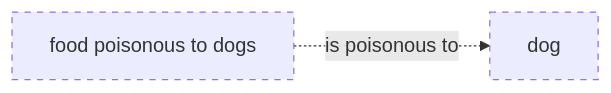
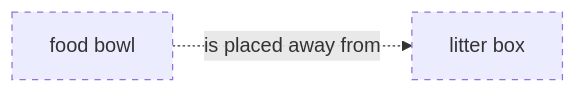
Diagram 21 of 35 in data/ontology-pets-and-house-rules/03_release/00_raw/level-2.md (belaboros/DomainAiAssistant), drawn with Mermaid before and after one commit. The commit also changed other lines of this file and 291 other files, not shown here.

````diff
--- a/data/ontology-pets-and-house-rules/03_release/00_raw/level-2.md
+++ b/data/ontology-pets-and-house-rules/03_release/00_raw/level-2.md
@@ -247,8 +406,8 @@
 ```mermaid
 flowchart LR
     classDef draft stroke-dasharray: 5 5
-    cn_01M82AC66KMJH32E2MQ3Z7ZBKM["dog"]
-    cn_01M82ADJQKNCFSCKCDMA3H0R8A["food poisonous to dogs"]
-    cn_01M82ADJQKNCFSCKCDMA3H0R8A -. "is poisonous to" .-> cn_01M82AC66KMJH32E2MQ3Z7ZBKM
-    class cn_01M82AC66KMJH32E2MQ3Z7ZBKM,cn_01M82ADJQKNCFSCKCDMA3H0R8A draft
+    cn_01M82ARW4GRHWZH2QAVQ4Z6C2V["food bowl"]
+    cn_01M82ARW4GRHWZH2QAVQ4Z6C2S["litter box"]
+    cn_01M82ARW4GRHWZH2QAVQ4Z6C2V -. "is placed away from" .-> cn_01M82ARW4GRHWZH2QAVQ4Z6C2S
+    class cn_01M82ARW4GRHWZH2QAVQ4Z6C2V,cn_01M82ARW4GRHWZH2QAVQ4Z6C2S draft
 ```
````
